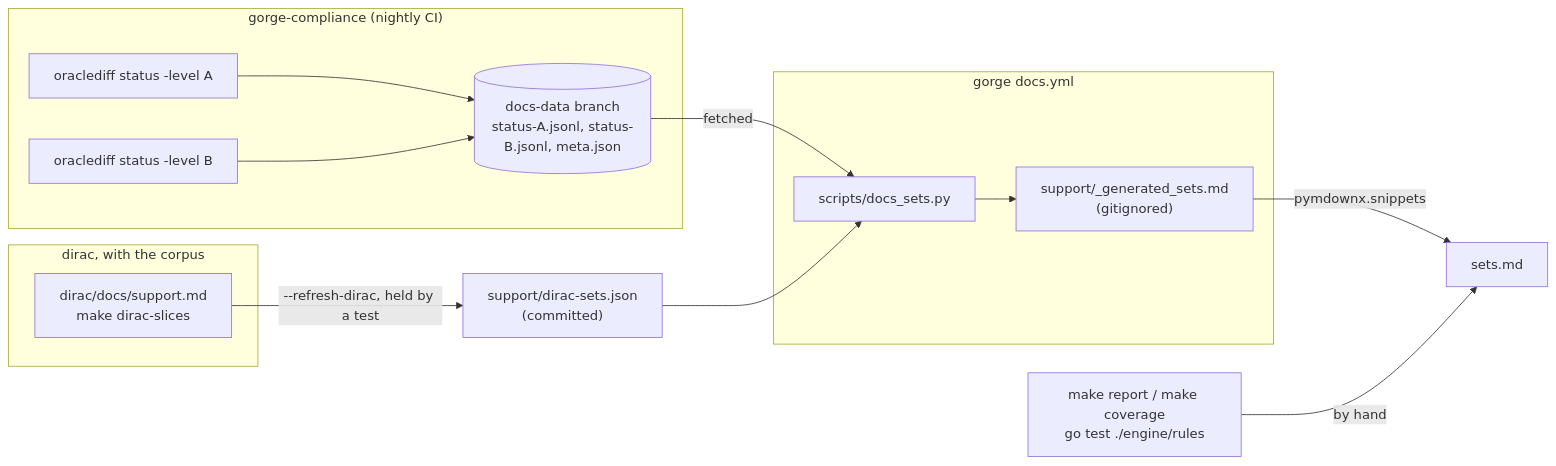
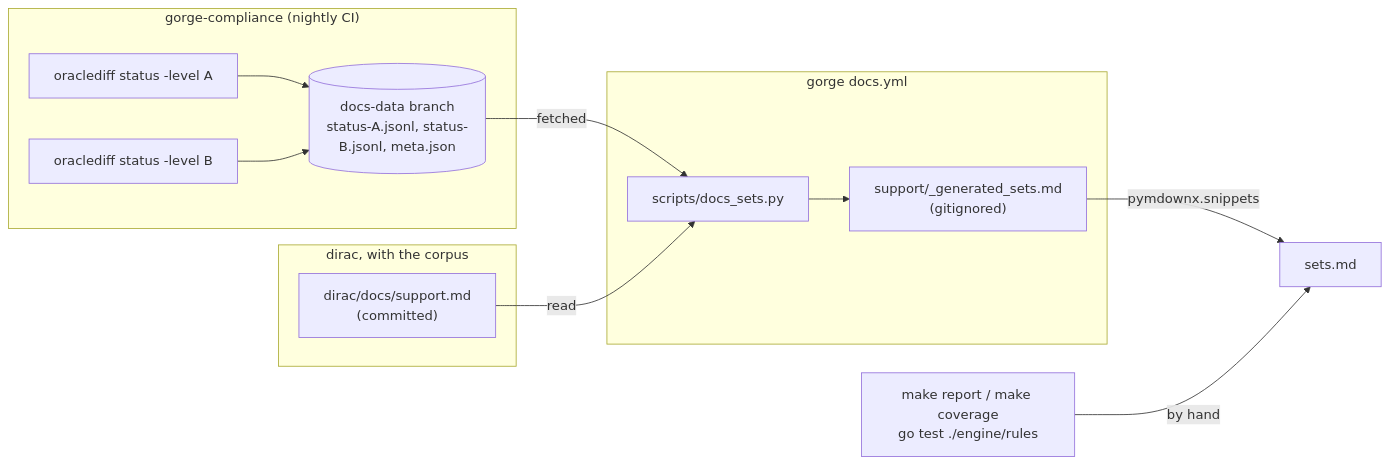
Before and after one commit to adams-shaun/gorge: the diagram in docs/site/support/regenerating.md, drawn with Mermaid. The commit also changed other lines of this file and 6 other files, not shown here.

Commit message:
chore(docs): render dirac's set support from dirac/docs/support.md; drop dirac-sets.json

````diff
--- a/docs/site/support/regenerating.md
+++ b/docs/site/support/regenerating.md
@@ -22,18 +22,17 @@
 ```mermaid
 flowchart LR
   subgraph gc["gorge-compliance (nightly CI)"]
     SA["oraclediff status -level A"] --> DD[("docs-data branch<br/>status-A.jsonl, status-B.jsonl, meta.json")]
     SB["oraclediff status -level B"] --> DD
   end
   subgraph dirac["dirac, with the corpus"]
-    RK["dirac/docs/support.md<br/>make dirac-slices"]
+    RK["dirac/docs/support.md<br/>(committed)"]
   end
-  RK -->|"--refresh-dirac, held by a test"| SNAP["support/dirac-sets.json<br/>(committed)"]
   subgraph build["gorge docs.yml"]
     DS["scripts/docs_sets.py"] --> FR["support/_generated_sets.md<br/>(gitignored)"]
   end
   DD -->|fetched| DS
-  SNAP --> DS
+  RK -->|read| DS
   FR -->|"pymdownx.snippets"| SETS["sets.md"]
   R["make report / make coverage<br/>go test ./engine/rules"] -->|"by hand"| SETS
 ```
````
